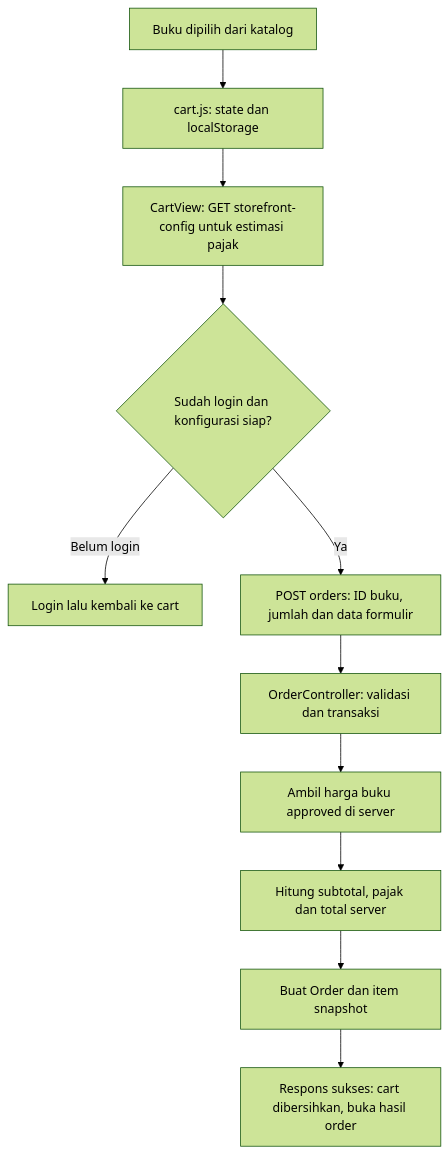
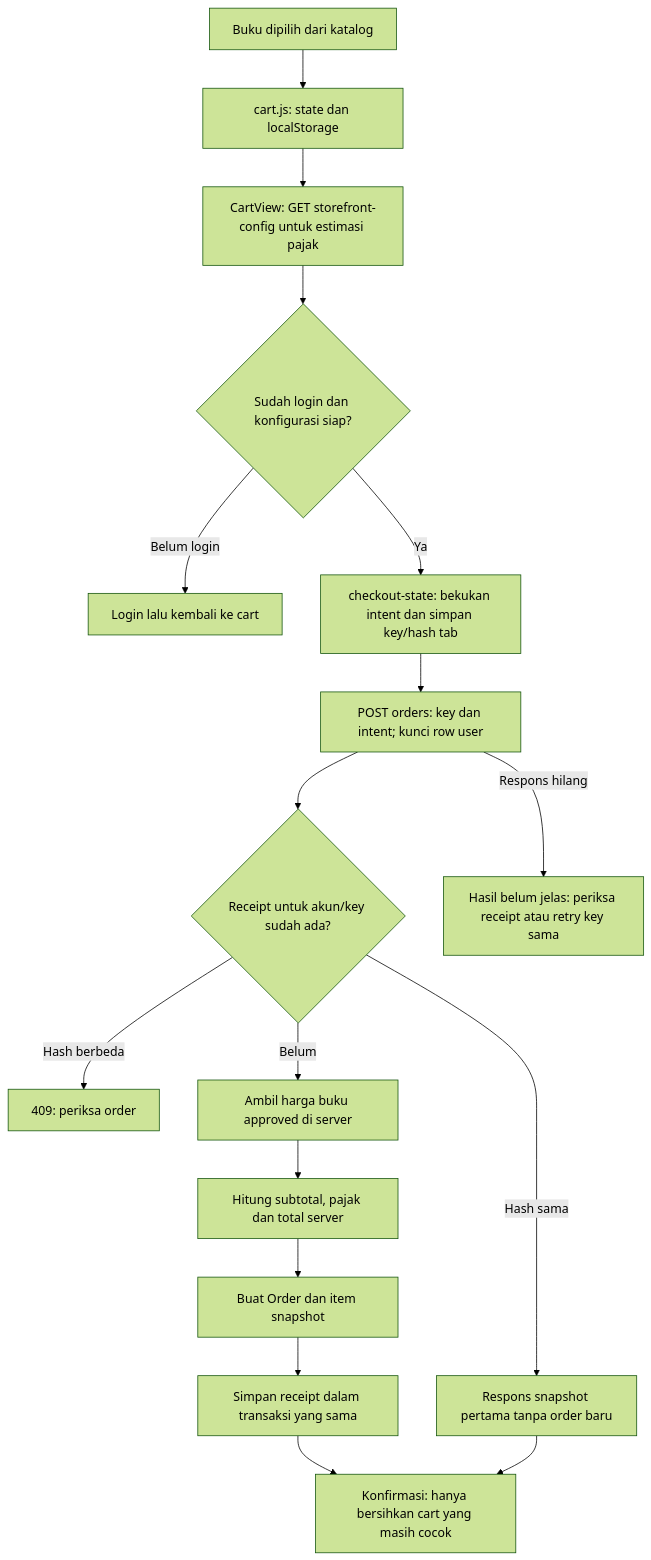
The second of 3 diagrams in docs/CODE_FLOW.md (zalamanga/zaimedia), drawn with Mermaid (forest theme) before and after one commit. The commit also changed other lines of this file and 29 other files, not shown here.

Commit message:
Reuse checkout operation receipts and preserve uncertain cart attempts

````diff
--- a/docs/CODE_FLOW.md
+++ b/docs/CODE_FLOW.md
@@ -34,13 +34,19 @@
 ```mermaid
 flowchart TD
     A[Buku dipilih dari katalog] --> B[cart.js: state dan localStorage]
     B --> C[CartView: GET storefront-config untuk estimasi pajak]
     C --> D{Sudah login dan konfigurasi siap?}
     D -->|Belum login| E[Login lalu kembali ke cart]
-    D -->|Ya| F[POST orders: ID buku, jumlah dan data formulir]
-    F --> G[OrderController: validasi dan transaksi]
-    G --> H[Ambil harga buku approved di server]
+    D -->|Ya| F[checkout-state: bekukan intent dan simpan key/hash tab]
+    F --> G[POST orders: key dan intent; kunci row user]
+    G --> R{Receipt untuk akun/key sudah ada?}
+    R -->|Hash sama| S[Respons snapshot pertama tanpa order baru]
+    R -->|Hash berbeda| T[409: periksa order]
+    R -->|Belum| H[Ambil harga buku approved di server]
     H --> I[Hitung subtotal, pajak dan total server]
     I --> J[Buat Order dan item snapshot]
-    J --> K[Respons sukses: cart dibersihkan, buka hasil order]
+    J --> L[Simpan receipt dalam transaksi yang sama]
+    L --> K[Konfirmasi: hanya bersihkan cart yang masih cocok]
+    S --> K
+    G -->|Respons hilang| U[Hasil belum jelas: periksa receipt atau retry key sama]
 ```
````
